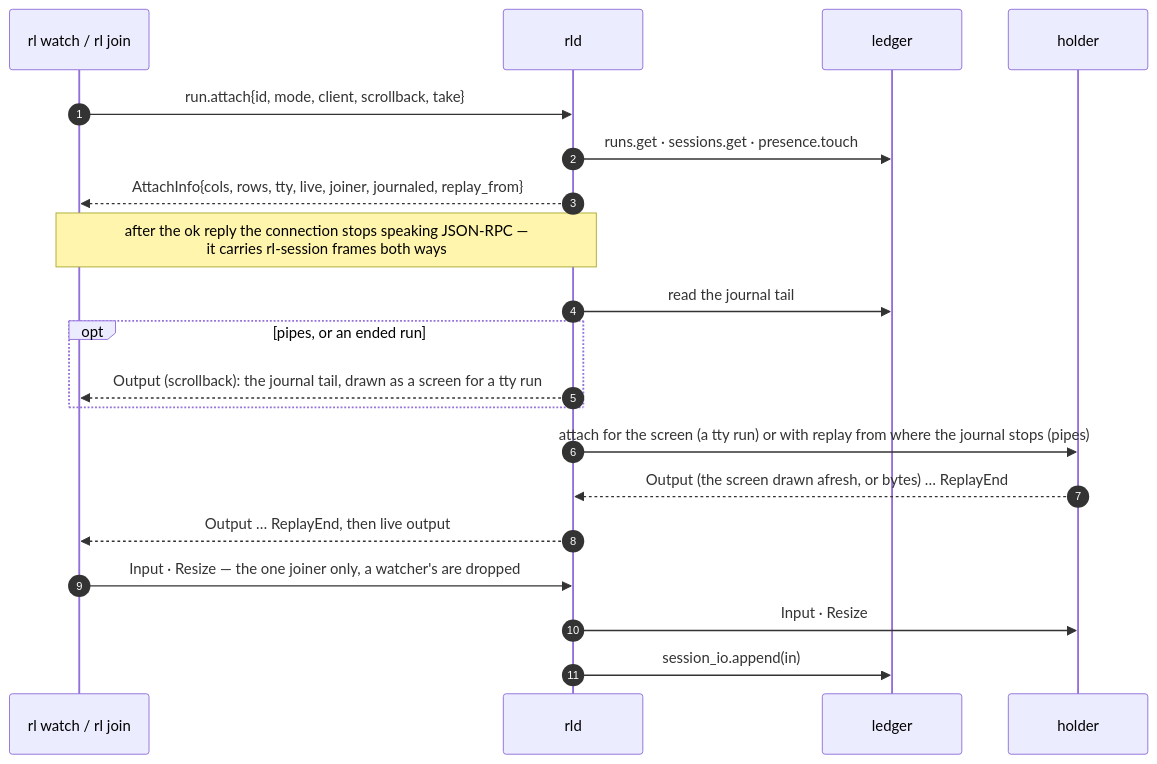
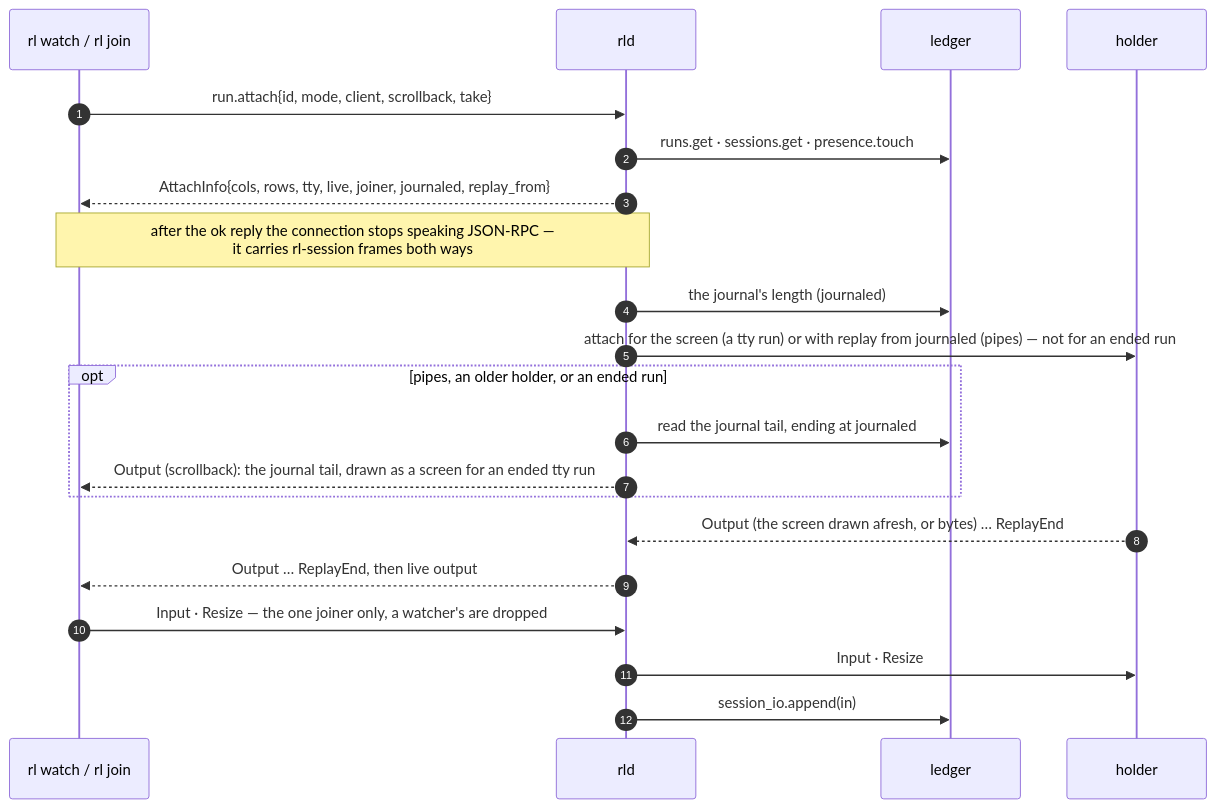
The fourth of 6 diagrams in docs/ARCHITECTURE.md (instilled/relay), drawn with Mermaid before and after one commit. The commit also changed other lines of this file and 11 other files, not shown here.

First line of the commit message:
Attach hands the terminal back and draws an ended run at its size; output goes in frames of a mebibyte

````diff
--- a/docs/ARCHITECTURE.md
+++ b/docs/ARCHITECTURE.md
@@ -199,25 +199,26 @@
 ```mermaid
 sequenceDiagram
     autonumber
     participant V as rl watch / rl join
     participant D as rld
     participant L as ledger
     participant S as holder
 
     V->>D: run.attach{id, mode, client, scrollback, take}
     D->>L: runs.get · sessions.get · presence.touch
     D-->>V: AttachInfo{cols, rows, tty, live, joiner, journaled, replay_from}
     Note over V,D: after the ok reply the connection stops speaking JSON-RPC —<br/>it carries rl-session frames both ways
 
-    D->>L: read the journal tail
-    opt pipes, or an ended run
-        D-->>V: Output (scrollback): the journal tail, drawn as a screen for a tty run
+    D->>L: the journal's length (journaled)
+    D->>S: attach for the screen (a tty run) or with replay from journaled (pipes) — not for an ended run
+    opt pipes, an older holder, or an ended run
+        D->>L: read the journal tail, ending at journaled
+        D-->>V: Output (scrollback): the journal tail, drawn as a screen for an ended tty run
     end
-    D->>S: attach for the screen (a tty run) or with replay from where the journal stops (pipes)
     S-->>D: Output (the screen drawn afresh, or bytes) … ReplayEnd
     D-->>V: Output … ReplayEnd, then live output
 
     V->>D: Input · Resize — the one joiner only, a watcher's are dropped
     D->>S: Input · Resize
     D->>L: session_io.append(in)
 ```
````
